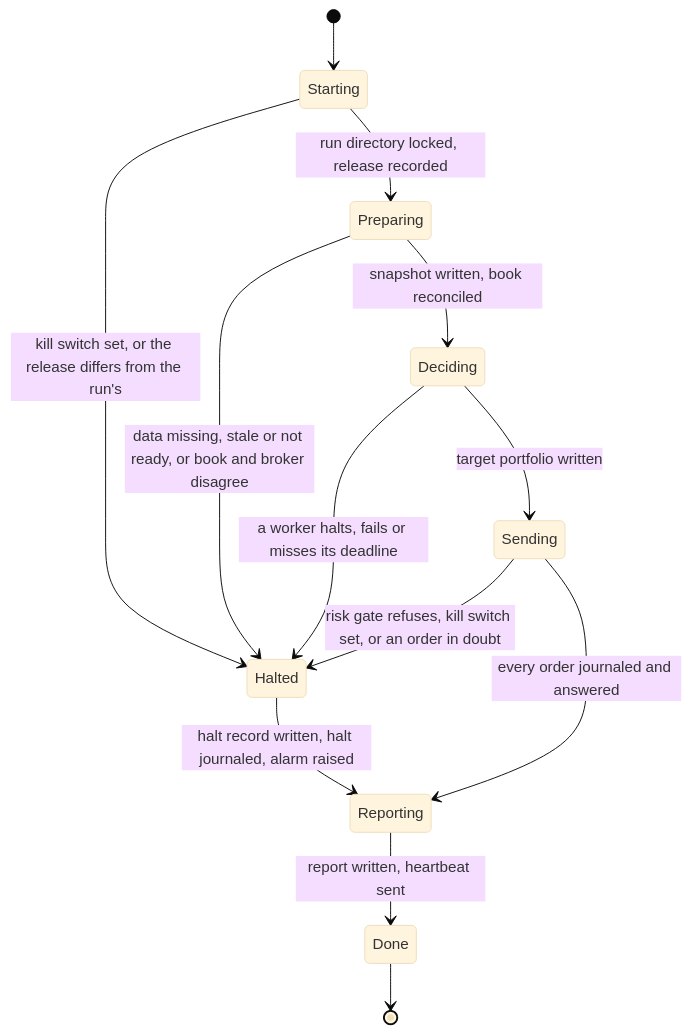
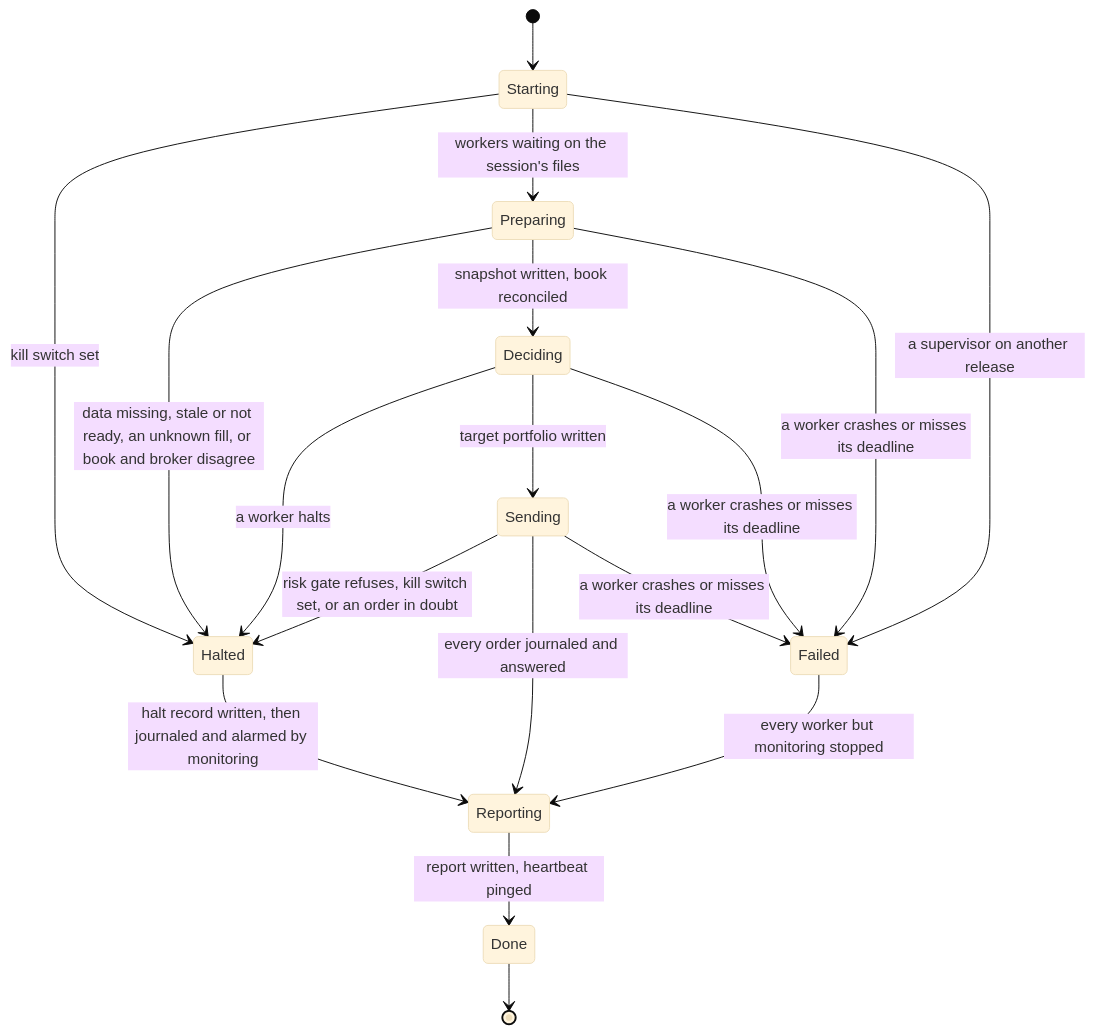
Diagram 13 of 16 in docs/architecture.md (l3a0/ithildin-runtime), drawn with Mermaid (base theme) before and after one commit. The commit also changed other lines of this file and 2 other files, not shown here.

First line of the commit message:
docs(architecture): fix what the review of the process revision found

````diff
--- a/docs/architecture.md
+++ b/docs/architecture.md
@@ -1040,15 +1149,20 @@
 ```mermaid
 stateDiagram-v2
     [*] --> Starting
-    Starting --> Halted: kill switch set, or the release differs from the run's
-    Starting --> Preparing: run directory locked, release recorded
-    Preparing --> Halted: data missing, stale or not ready, or book and broker disagree
+    Starting --> Halted: kill switch set
+    Starting --> Preparing: workers waiting on the session's files
+    Preparing --> Halted: data missing, stale or not ready, an unknown fill, or book and broker disagree
     Preparing --> Deciding: snapshot written, book reconciled
-    Deciding --> Halted: a worker halts, fails or misses its deadline
+    Deciding --> Halted: a worker halts
     Deciding --> Sending: target portfolio written
     Sending --> Halted: risk gate refuses, kill switch set, or an order in doubt
     Sending --> Reporting: every order journaled and answered
-    Halted --> Reporting: halt record written, halt journaled, alarm raised
-    Reporting --> Done: report written, heartbeat sent
+    Halted --> Reporting: halt record written, then journaled and alarmed by monitoring
+    Reporting --> Done: report written, heartbeat pinged
     Done --> [*]
+    Starting --> Failed: a supervisor on another release
+    Preparing --> Failed: a worker crashes or misses its deadline
+    Deciding --> Failed: a worker crashes or misses its deadline
+    Sending --> Failed: a worker crashes or misses its deadline
+    Failed --> Reporting: every worker but monitoring stopped
 ```
````
